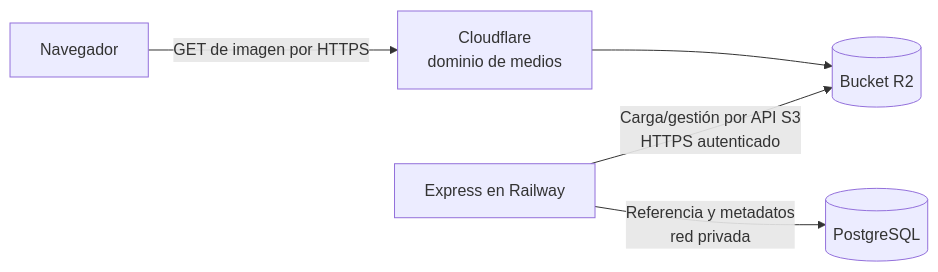
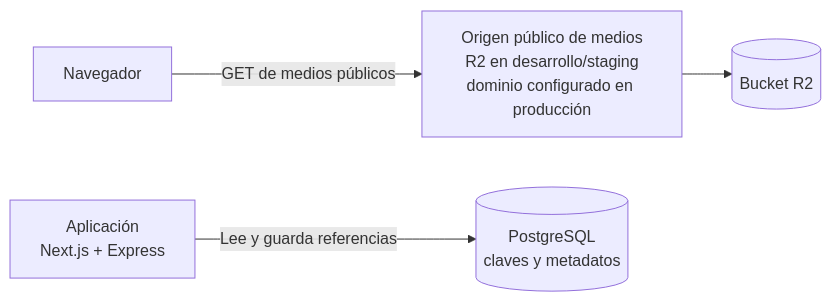
The diagram in docs/cloudflare/r2.md (sadamlg/sr_del_mictlan_mezcal), drawn with Mermaid before and after one commit. The commit also changed other lines of this file and 2 other files, not shown here.

Commit message:
docs: align roadmap and R2 media guidance

````diff
--- a/docs/cloudflare/r2.md
+++ b/docs/cloudflare/r2.md
@@ -11,12 +9,11 @@
 ```mermaid
 flowchart LR
     browser["Navegador"]
-    cf["Cloudflare<br/>dominio de medios"]
+    origin["Origen público de medios<br/>R2 en desarrollo/staging<br/>dominio configurado en producción"]
     r2[("Bucket R2")]
-    express["Express en Railway"]
-    pg[("PostgreSQL")]
+    app["Aplicación<br/>Next.js + Express"]
+    pg[("PostgreSQL<br/>claves y metadatos")]
 
-    browser -->|"GET de imagen por HTTPS"| cf --> r2
-    express -->|"Carga/gestión por API S3<br/>HTTPS autenticado"| r2
-    express -->|"Referencia y metadatos<br/>red privada"| pg
+    browser -->|"GET de medios públicos"| origin --> r2
+    app -->|"Lee y guarda referencias"| pg
 ```
````
